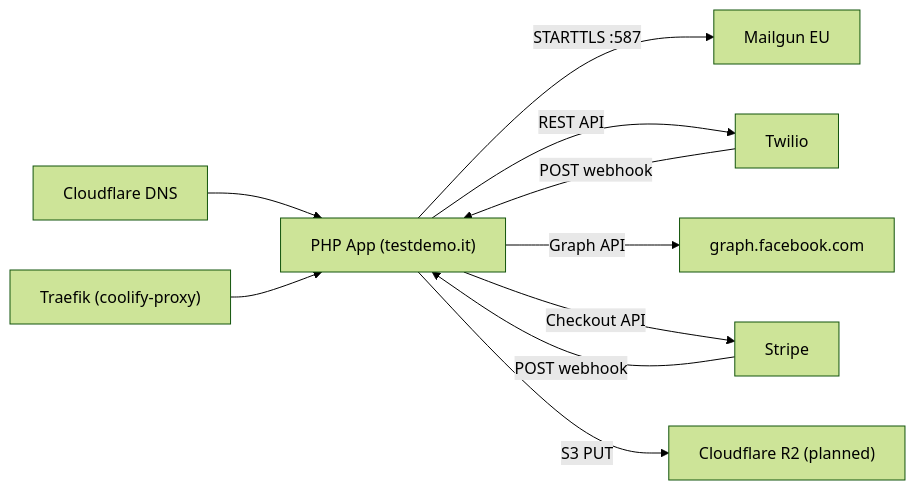
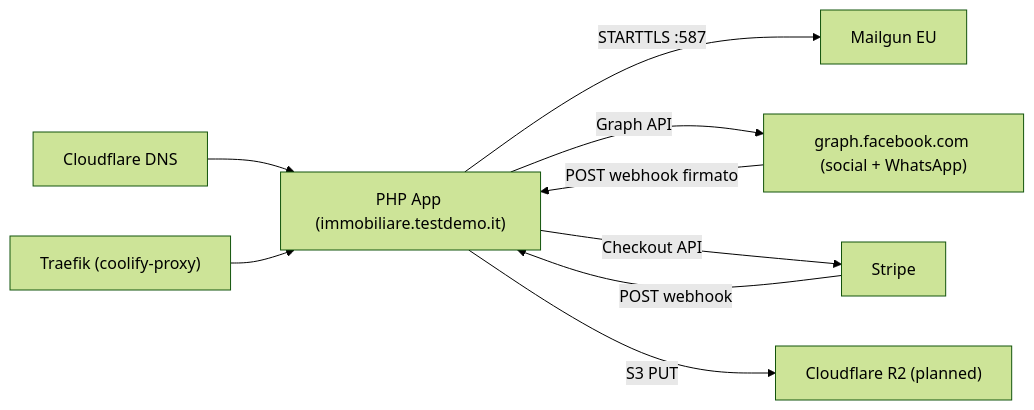
Before and after one commit to kristi2002/Gestione-Immobiliare: the diagram in docs/guides/08-INTEGRATIONS.md, drawn with Mermaid (forest theme). The commit also changed other lines of this file and 17 other files, not shown here.

````diff
--- a/docs/guides/08-INTEGRATIONS.md
+++ b/docs/guides/08-INTEGRATIONS.md
@@ -127,13 +138,12 @@
 ```mermaid
 flowchart LR
-    App["PHP App (testdemo.it)"]
+    App["PHP App (immobiliare.testdemo.it)"]
     App -->|STARTTLS :587| Mailgun["Mailgun EU"]
-    App -->|REST API| Twilio
-    Twilio -->|POST webhook| App
-    App -->|Graph API| Meta["graph.facebook.com"]
+    App -->|Graph API| Meta["graph.facebook.com (social + WhatsApp)"]
+    Meta -->|POST webhook firmato| App
     App -->|Checkout API| Stripe
     Stripe -->|POST webhook| App
     App -->|S3 PUT| R2["Cloudflare R2 (planned)"]
     DNS["Cloudflare DNS"] --> App
     Traefik["Traefik (coolify-proxy)"] --> App
 ```
````
